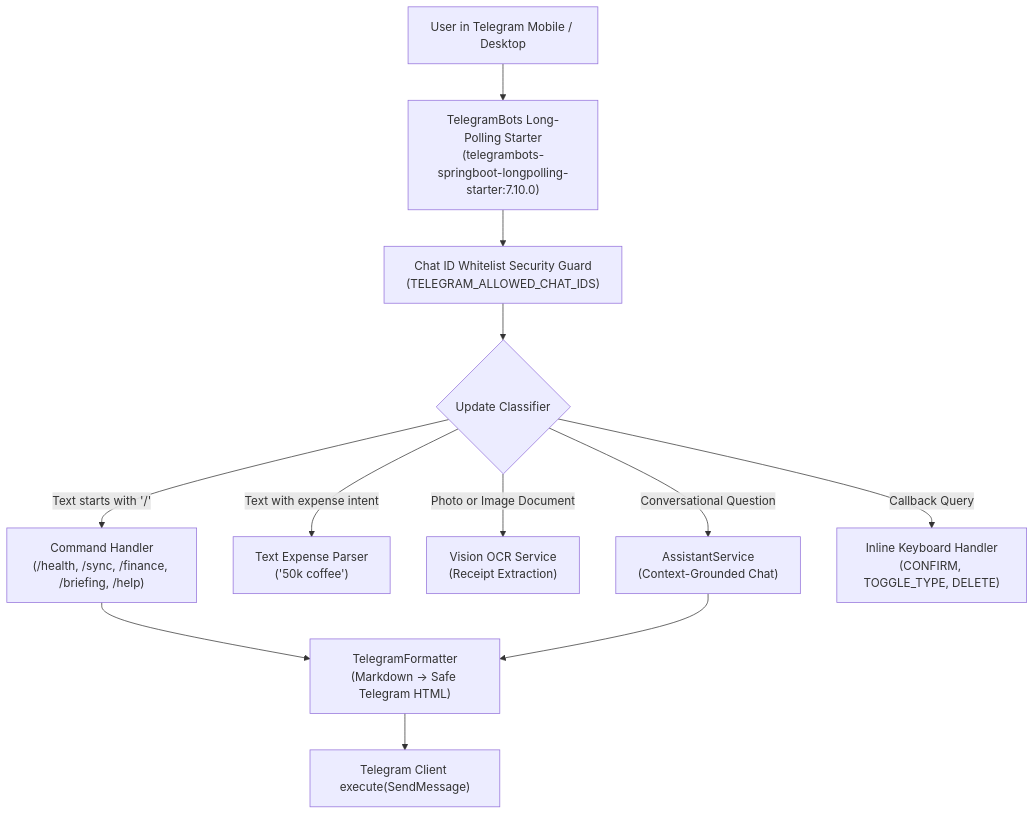
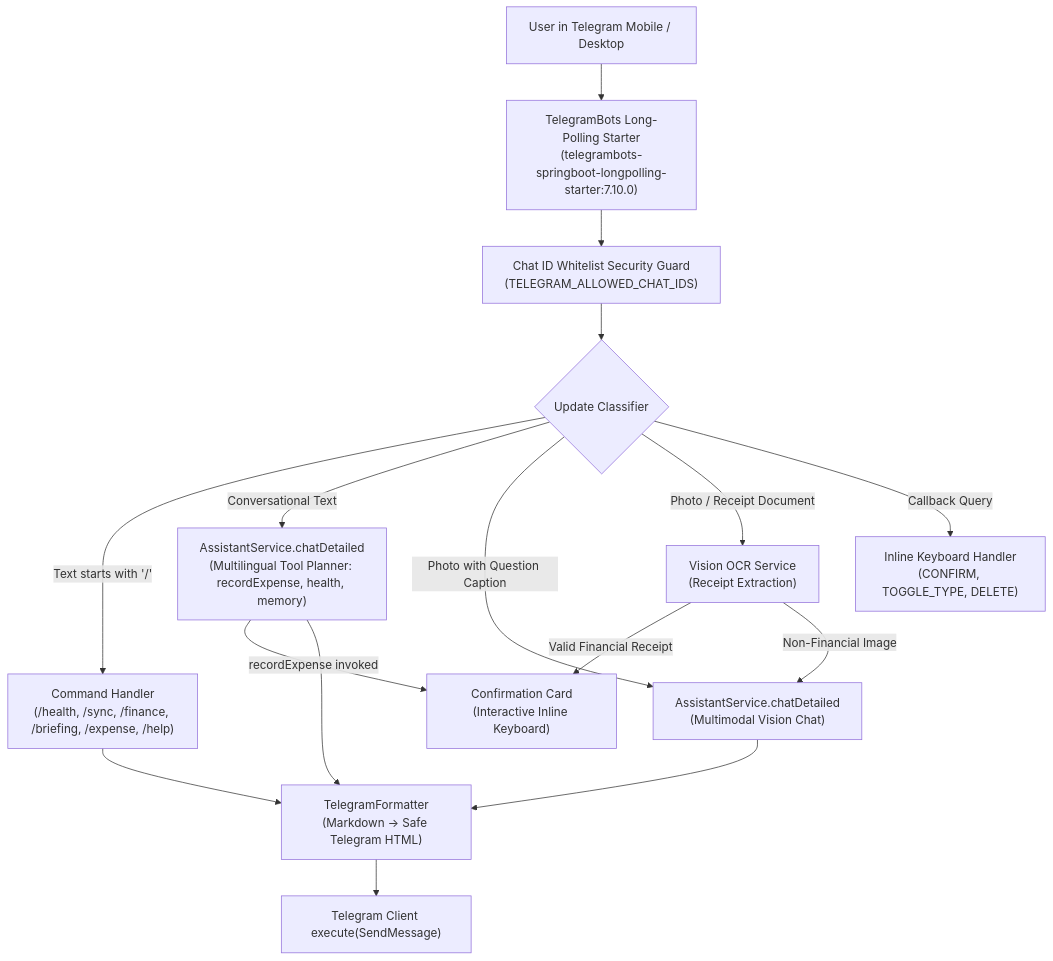
The diagram in docs/telebot.md (nhth1nh/Personal-Life-OS-Agent), drawn with Mermaid before and after one commit. The commit also changed other lines of this file and 11 other files, not shown here.

Commit message:
feat(assistant): multimodal vision chat and dynamic recordExpense tool

````diff
--- a/docs/telebot.md
+++ b/docs/telebot.md
@@ -9,16 +9,21 @@
 ```mermaid
 flowchart TD
     User["User in Telegram Mobile / Desktop"] --> Poller["TelegramBots Long-Polling Starter\n(telegrambots-springboot-longpolling-starter:7.10.0)"]
     Poller --> Guard["Chat ID Whitelist Security Guard\n(TELEGRAM_ALLOWED_CHAT_IDS)"]
 
     Guard --> Router{"Update Classifier"}
-    Router -->|Text starts with '/'| Commands["Command Handler\n(/health, /sync, /finance, /briefing, /help)"]
-    Router -->|Text with expense intent| QuickExpense["Text Expense Parser\n('50k coffee')"]
-    Router -->|Photo or Image Document| VisionOCR["Vision OCR Service\n(Receipt Extraction)"]
-    Router -->|Conversational Question| AI["AssistantService\n(Context-Grounded Chat)"]
+    Router -->|Text starts with '/'| Commands["Command Handler\n(/health, /sync, /finance, /briefing, /expense, /help)"]
+    Router -->|Conversational Text| AI["AssistantService.chatDetailed\n(Multilingual Tool Planner: recordExpense, health, memory)"]
+    Router -->|Photo with Question Caption| VisionChat["AssistantService.chatDetailed\n(Multimodal Vision Chat)"]
+    Router -->|Photo / Receipt Document| VisionOCR["Vision OCR Service\n(Receipt Extraction)"]
     Router -->|Callback Query| Callback["Inline Keyboard Handler\n(CONFIRM, TOGGLE_TYPE, DELETE)"]
 
-    Commands --> Formatter["TelegramFormatter\n(Markdown → Safe Telegram HTML)"]
-    AI --> Formatter
+    VisionOCR -->|Valid Financial Receipt| Card["Confirmation Card\n(Interactive Inline Keyboard)"]
+    VisionOCR -->|Non-Financial Image| VisionChat
+
+    AI -->|recordExpense invoked| Card
+    AI --> Formatter["TelegramFormatter\n(Markdown → Safe Telegram HTML)"]
+    VisionChat --> Formatter
+    Commands --> Formatter
     Formatter --> TelegramAPI["Telegram Client execute(SendMessage)"]
 ```
````
